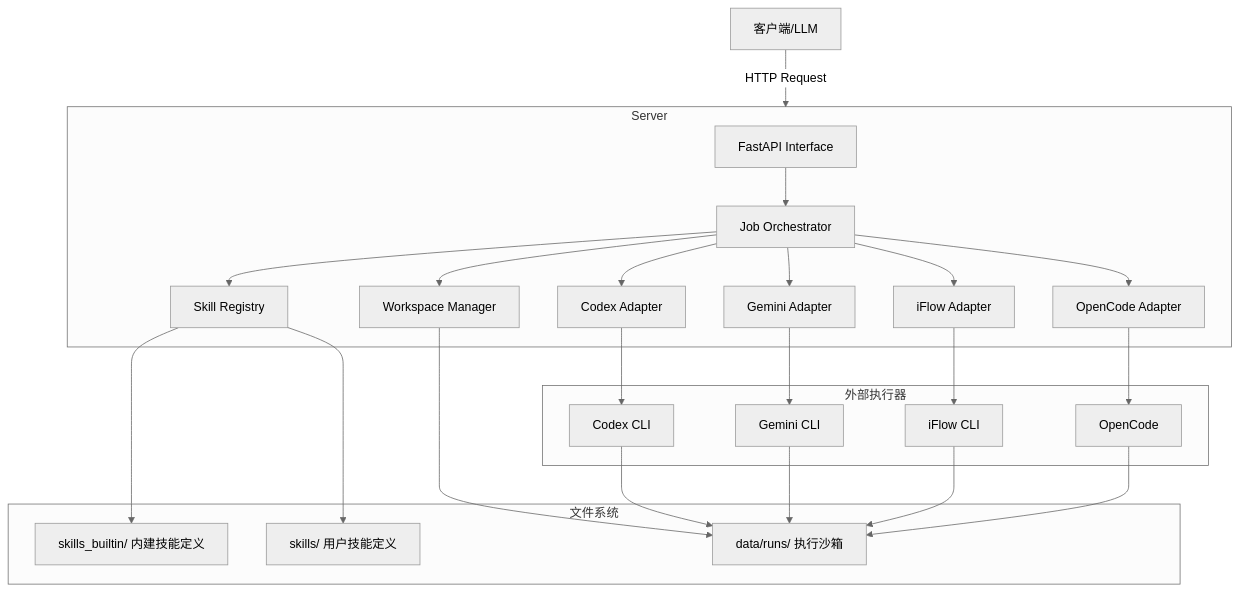
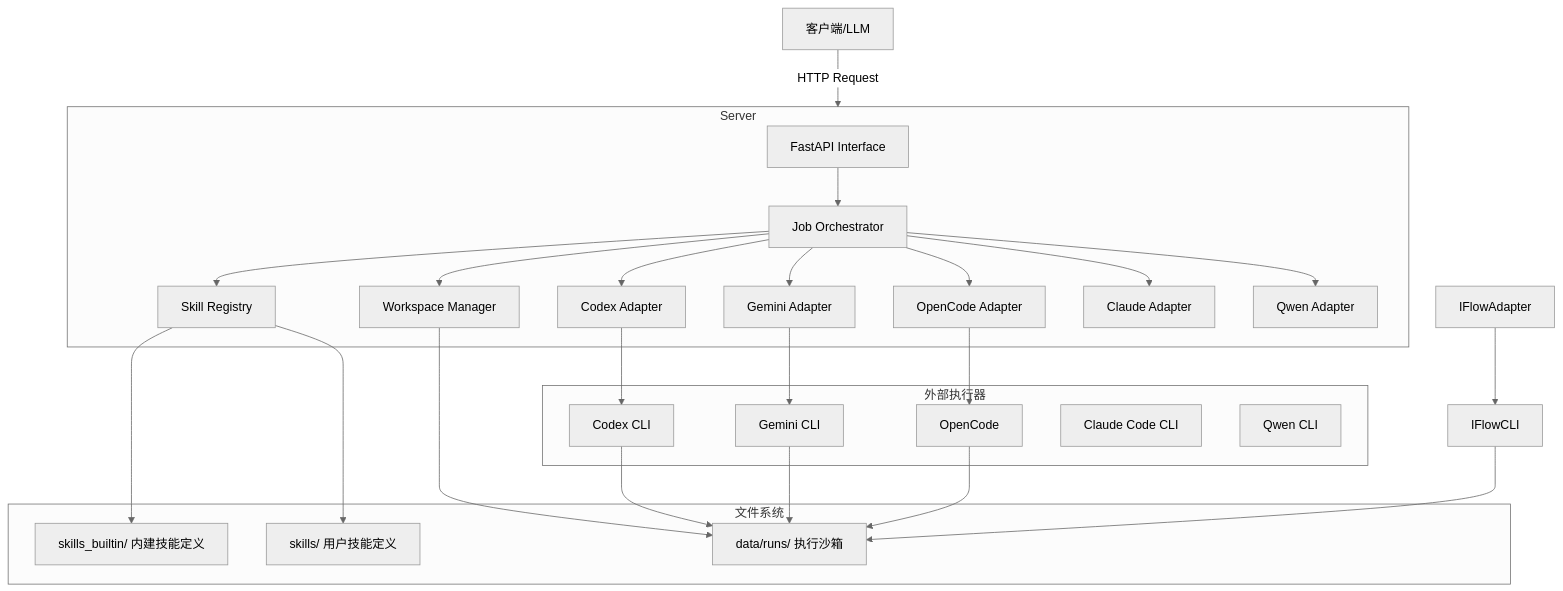
Before and after one commit to leike0813/Skill-Runner: the diagram in docs/architecture_overview.md, drawn with Mermaid (neutral theme). The commit also changed other lines of this file and 216 other files, not shown here.

````diff
--- a/docs/architecture_overview.md
+++ b/docs/architecture_overview.md
@@ -14,48 +14,51 @@
 ```mermaid
 graph TD
     Client[客户端/LLM] -->|HTTP Request| Server[Skill Runner Server]
     
     subgraph Server
         API[FastAPI Interface]
         Orchestrator[Job Orchestrator]
         Registry[Skill Registry]
         Workspace[Workspace Manager]
         CodexAdapter[Codex Adapter]
         GeminiAdapter[Gemini Adapter]
-        IFlowAdapter[iFlow Adapter]
         OpenCodeAdapter[OpenCode Adapter]
+        ClaudeAdapter[Claude Adapter]
+        QwenAdapter[Qwen Adapter]
     end
     
     subgraph Storage [文件系统]
         BuiltinSkillsDir[skills_builtin/ 内建技能定义]
         UserSkillsDir[skills/ 用户技能定义]
         RunsDir[data/runs/ 执行沙箱]
     end
     
     subgraph External [外部执行器]
         CodexCLI[Codex CLI]
         GeminiCLI[Gemini CLI]
-        IFlowCLI[iFlow CLI]
         OpenCodeCLI[OpenCode]
+        ClaudeCLI[Claude Code CLI]
+        QwenCLI[Qwen CLI]
     end
 
     API --> Orchestrator
     Orchestrator --> Registry
     Orchestrator --> Workspace
     Orchestrator --> CodexAdapter
     Orchestrator --> GeminiAdapter
-    Orchestrator --> IFlowAdapter
     Orchestrator --> OpenCodeAdapter
+    Orchestrator --> ClaudeAdapter
+    Orchestrator --> QwenAdapter
     
     Registry --> BuiltinSkillsDir
     Registry --> UserSkillsDir
     Workspace --> RunsDir
     CodexAdapter --> CodexCLI
     GeminiAdapter --> GeminiCLI
     IFlowAdapter --> IFlowCLI
     OpenCodeAdapter --> OpenCodeCLI
     CodexCLI --> RunsDir
     GeminiCLI --> RunsDir
     IFlowCLI --> RunsDir
     OpenCodeCLI --> RunsDir
 ```
````
